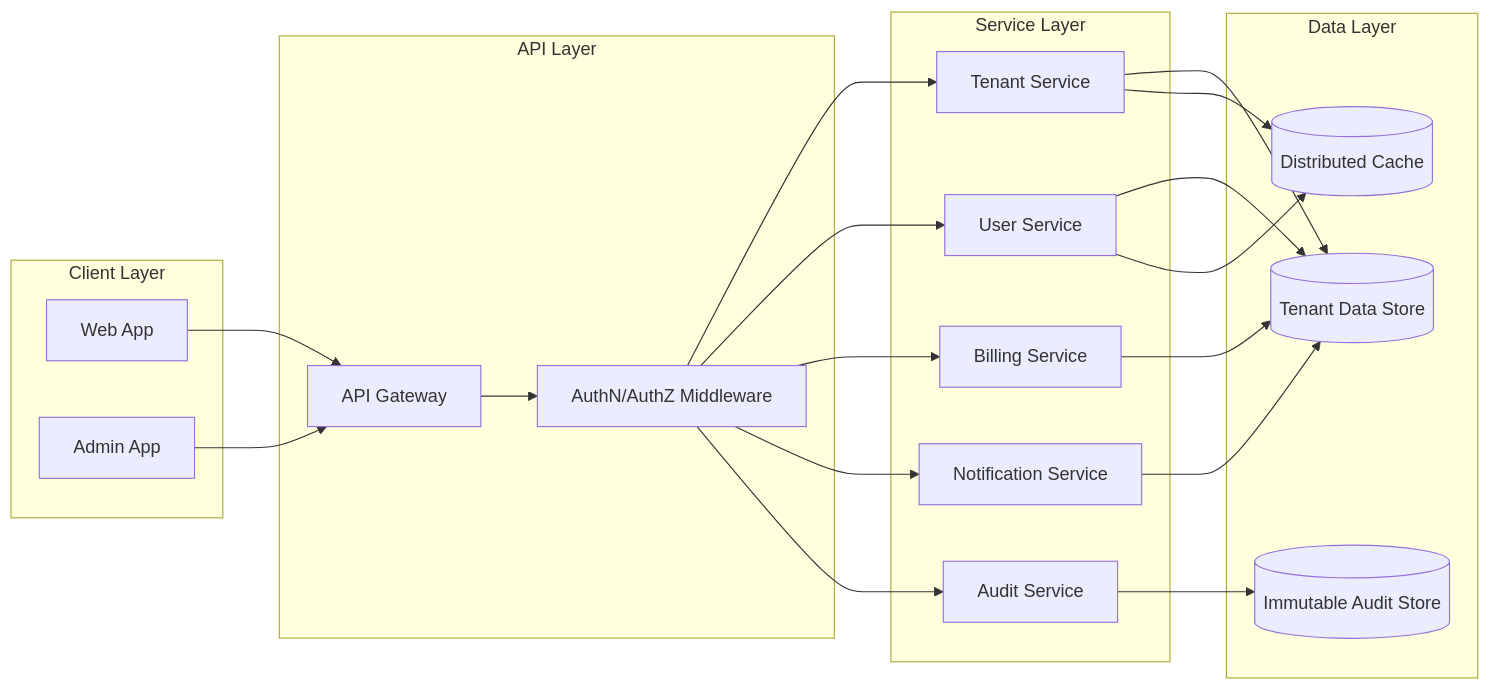
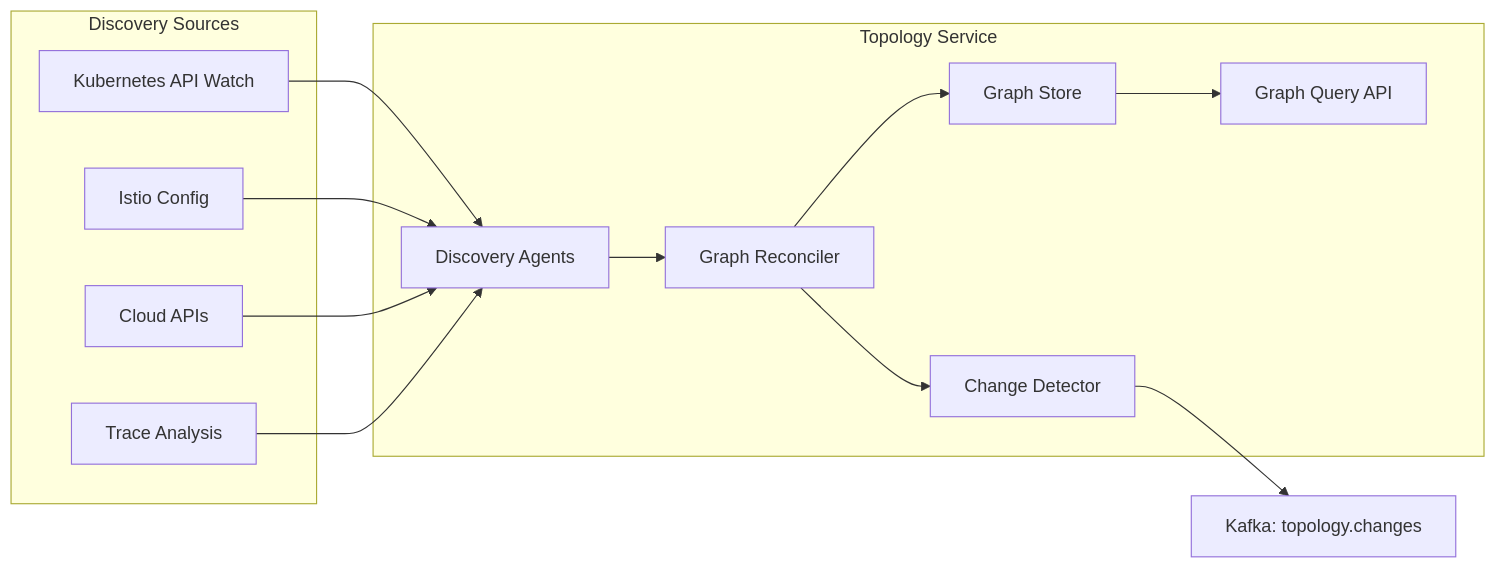
Before and after one commit to abiolaogu/ERP-AIOps: the sixth of 8 diagrams in docs/01-architecture/HLD.md, drawn with Mermaid. The commit also changed other lines of this file and 56 other files, not shown here.

````diff
--- a/docs/01-architecture/HLD.md
+++ b/docs/01-architecture/HLD.md
@@ -28,43 +246,27 @@
 ```mermaid
-flowchart LR
-  subgraph Client Layer
-    Web[Web App]
-    AdminWeb[Admin App]
-  end
+graph LR
+    subgraph Discovery Sources
+        K8S_API[Kubernetes API Watch]
+        ISTIO[Istio Config]
+        CLOUD[Cloud APIs]
+        TRACE[Trace Analysis]
+    end
 
-  subgraph API Layer
-    Gateway[API Gateway]
-    AuthZ[AuthN/AuthZ Middleware]
-  end
+    subgraph Topology Service
+        DISCOVER[Discovery Agents]
+        RECONCILE[Graph Reconciler]
+        STORE[Graph Store]
+        QUERY[Graph Query API]
+        CHANGE[Change Detector]
+    end
 
-  subgraph Service Layer
-    Tenant[Tenant Service]
-    User[User Service]
-    Billing[Billing Service]
-    Notify[Notification Service]
-    Audit[Audit Service]
-  end
-
-  subgraph Data Layer
-    AppDB[(Tenant Data Store)]
-    AuditDB[(Immutable Audit Store)]
-    Cache[(Distributed Cache)]
-  end
-
-  Web --> Gateway
-  AdminWeb --> Gateway
-  Gateway --> AuthZ
-  AuthZ --> Tenant
-  AuthZ --> User
-  AuthZ --> Billing
-  AuthZ --> Notify
-  AuthZ --> Audit
-
-  Tenant --> AppDB
-  User --> AppDB
-  Billing --> AppDB
-  Notify --> AppDB
-  Audit --> AuditDB
-  User --> Cache
-  Tenant --> Cache
+    K8S_API --> DISCOVER
+    ISTIO --> DISCOVER
+    CLOUD --> DISCOVER
+    TRACE --> DISCOVER
+    DISCOVER --> RECONCILE
+    RECONCILE --> STORE
+    STORE --> QUERY
+    RECONCILE --> CHANGE
+    CHANGE --> KAFKA_TOPO[Kafka: topology.changes]
 ```
````
